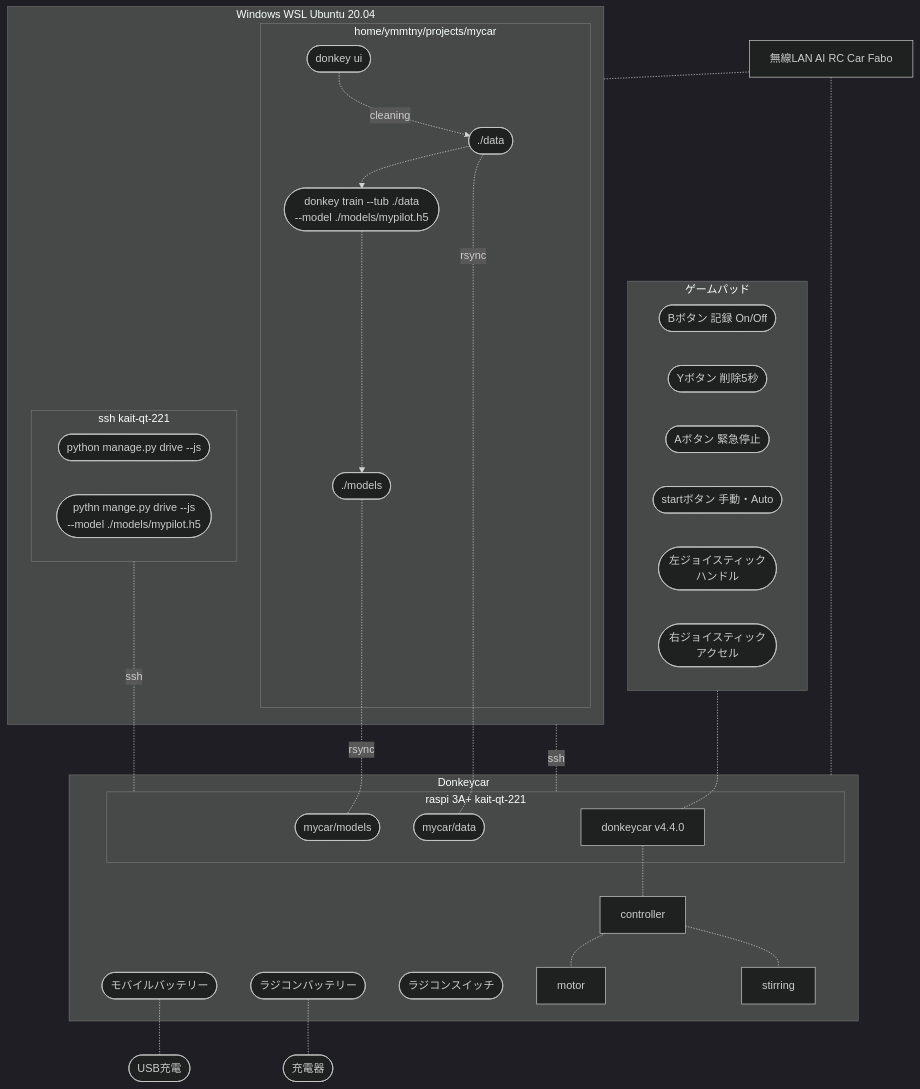
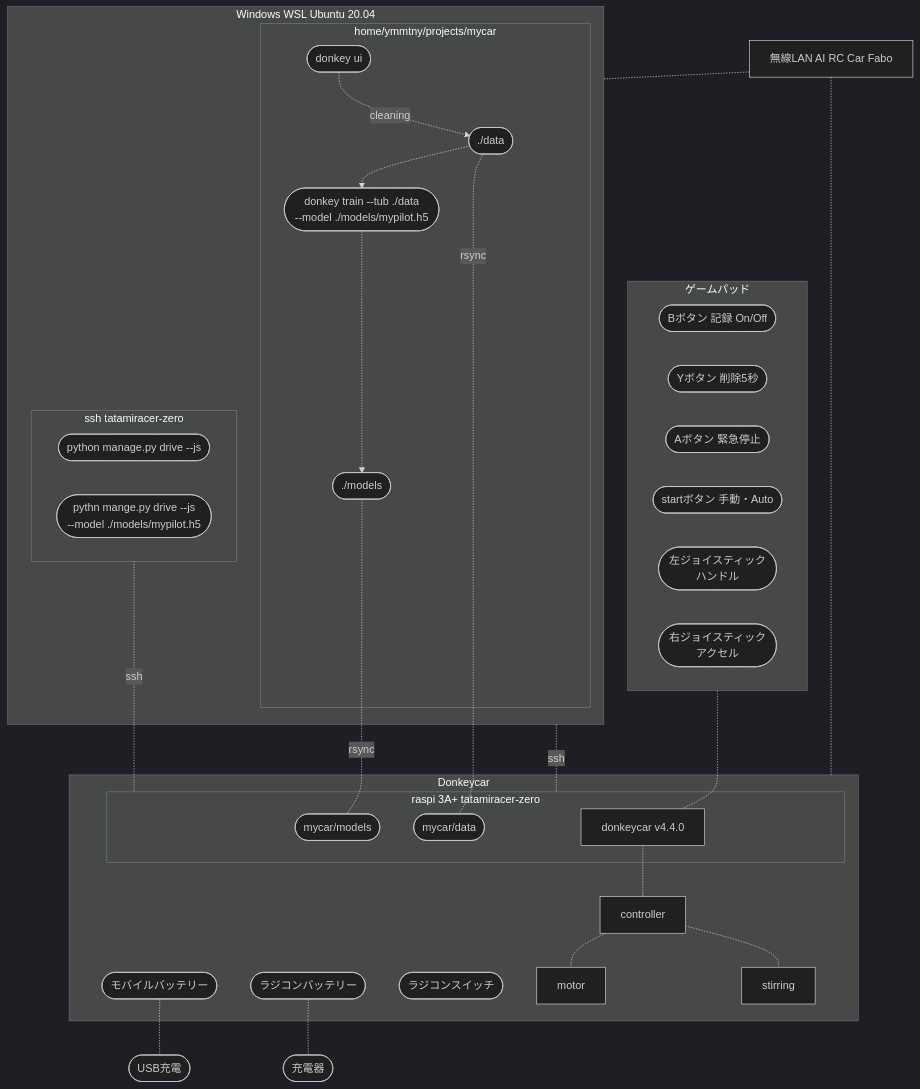
Before and after one commit to KwikHangout/AI-RC: the second of 2 diagrams in AIFestival2025/doc/content/environment/tatamiracer-zero.md, drawn with Mermaid (dark theme). The commit also changed other lines of this file and 1 other file, not shown here.

````diff
--- a/AIFestival2025/doc/content/environment/tatamiracer-zero.md
+++ b/AIFestival2025/doc/content/environment/tatamiracer-zero.md
@@ -294,67 +294,67 @@
   ```mermaid
   graph TB
   subgraph Donkeycar
-    subgraph raspi[raspi 3A+ kait-qt-221]
+    subgraph raspi[raspi 3A+ tatamiracer-zero]
       app[donkeycar v4.4.0]
       mycardata([mycar/data])
       mycarmodels([mycar/models])
     end
     mobile([モバイルバッテリー])
     battery([ラジコンバッテリー])
     switch([ラジコンスイッチ])
     stirring
     motor
     controller
     app-.-controller
     controller -.- motor
     controller -.- stirring
   end
 
   subgraph joystick[ゲームパッド]
     buttonB([Bボタン 記録 On/Off])
     buttonY([Yボタン 削除5秒])
     buttonA([Aボタン 緊急停止])
     start([startボタン  手動・Auto])
     stickL([左ジョイスティック<br> ハンドル])
     stickR([右ジョイスティック<br> アクセル])
   end
 
   joystick -.- app
 
   subgraph pc[Windows WSL Ubuntu 20.04]
     subgraph mycar[home/ymmtny/projects/mycar]
       data([./data])
       models([./models])
       donkey-ui([donkey ui])
       train([donkey train --tub ./data <br> --model ./models/mypilot.h5])
 
       data -.-> train
       train -.-> models
     end
 
 
-    subgraph vscode[ssh kait-qt-221]
+    subgraph vscode[ssh tatamiracer-zero]
       drive([python manage.py drive --js])
       driveWithModel([pythn mange.py drive --js <br> --model ./models/mypilot.h5])
     end
   end
 
   pc -. ssh .- raspi
 
   data -. rsync .- mycardata
   models -. rsync .- mycarmodels
 
   donkey-ui -.cleaning.->data
 
 vscode -.ssh.- raspi
 
   USBAdapter([USB充電])
   mobile -.- USBAdapter
   batteryAdapter([充電器])
   battery -.-batteryAdapter
 
   WifiSpot[無線LAN AI RC Car Fabo]
   WifiSpot -.- Donkeycar
   WifiSpot -.- pc
 
   ```
````
